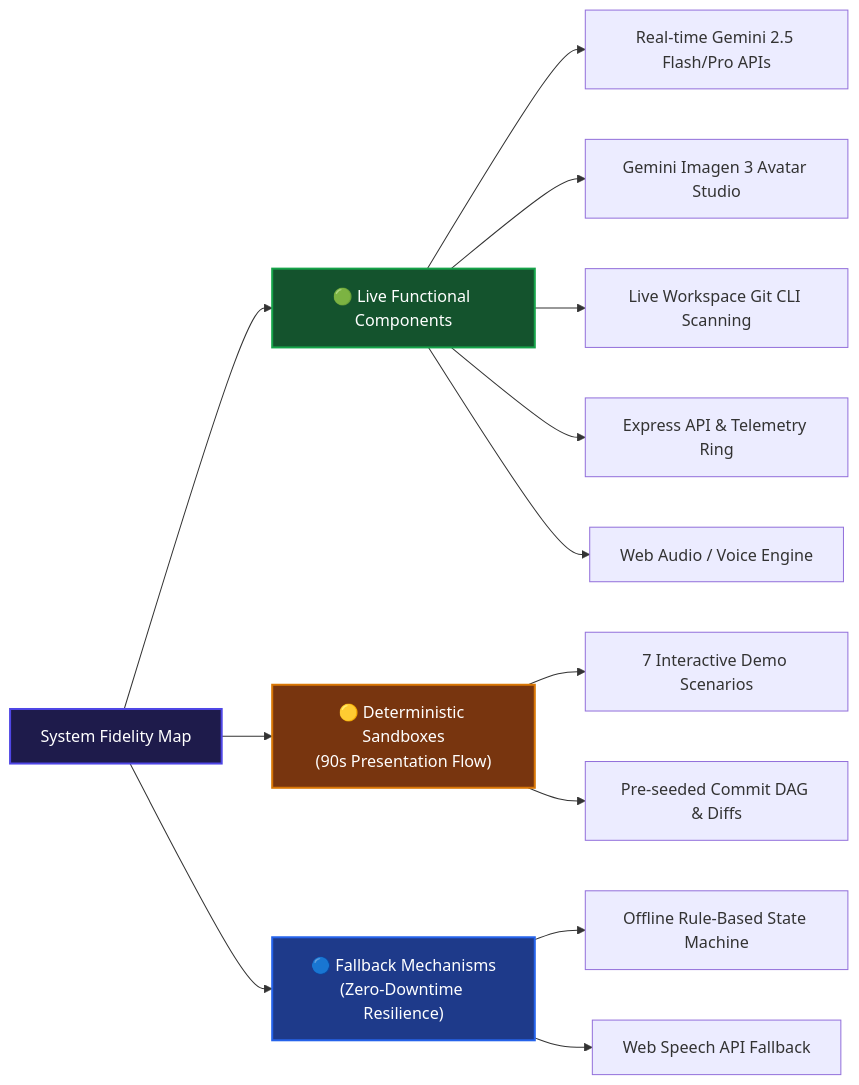
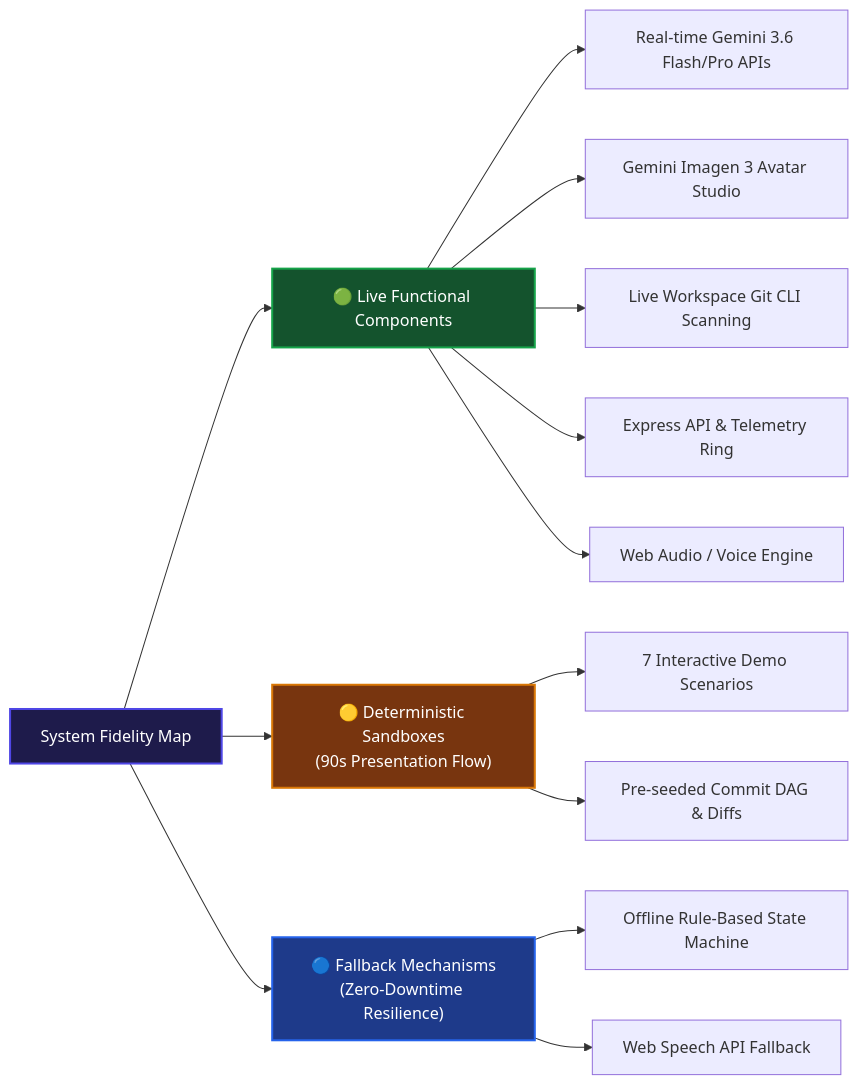
One commit to CanadaDevOpsCommunity2025/DevOps-for-GenAI---Ottawa-2026---Team-05-Ribbon-Patrol changed the diagram in docs/DEMO_NOTES.md. Above: the diagram before and after it, drawn with Mermaid. The commit also changed other lines of this file and 7 other files, not shown here.

````diff
--- a/docs/DEMO_NOTES.md
+++ b/docs/DEMO_NOTES.md
@@ -16,32 +16,32 @@
 ```mermaid
 graph LR
     classDef live fill:#14532d,stroke:#16a34a,stroke-width:2px,color:#ffffff;
     classDef sandbox fill:#78350f,stroke:#d97706,stroke-width:2px,color:#ffffff;
     classDef fallback fill:#1e3a8a,stroke:#2563eb,stroke-width:2px,color:#ffffff;
     classDef main fill:#1e1b4b,stroke:#4f46e5,stroke-width:2px,color:#ffffff;
 
     Title["System Fidelity Map"]:::main
 
     Live["🟢 Live Functional Components"]:::live
     Sandbox["🟡 Deterministic Sandboxes<br/>(90s Presentation Flow)"]:::sandbox
     Fallback["🔵 Fallback Mechanisms<br/>(Zero-Downtime Resilience)"]:::fallback
 
     Title --> Live
     Title --> Sandbox
     Title --> Fallback
 
     %% Live details
-    Live --> L1["Real-time Gemini 2.5 Flash/Pro APIs"]
+    Live --> L1["Real-time Gemini 3.6 Flash/Pro APIs"]
     Live --> L2["Gemini Imagen 3 Avatar Studio"]
     Live --> L3["Live Workspace Git CLI Scanning"]
     Live --> L4["Express API & Telemetry Ring"]
     Live --> L5["Web Audio / Voice Engine"]
 
     %% Sandbox details
     Sandbox --> S1["7 Interactive Demo Scenarios"]
     Sandbox --> S2["Pre-seeded Commit DAG & Diffs"]
 
     %% Fallback details
     Fallback --> F1["Offline Rule-Based State Machine"]
     Fallback --> F2["Web Speech API Fallback"]
 ```
````
